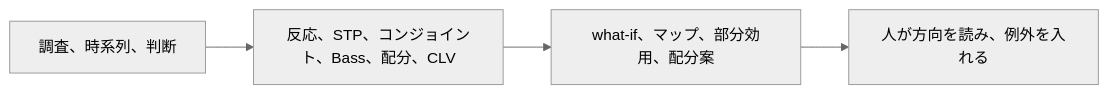
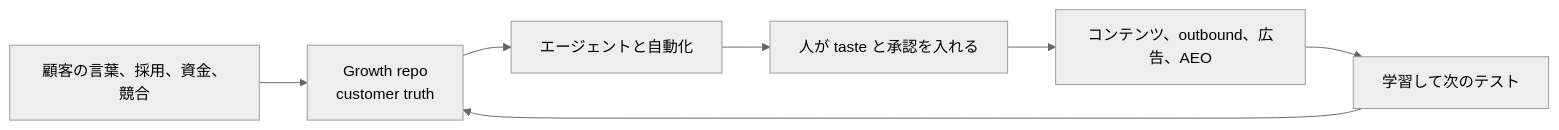
The second of 2 diagrams in articles/marketing-engineer-2026_20260907.md (suwa-sh/zenn-contents), drawn with Mermaid (neutral theme) before and after one commit. The commit also changed other lines of this file and 1 other file, not shown here.

````diff
--- a/articles/marketing-engineer-2026_20260907.md
+++ b/articles/marketing-engineer-2026_20260907.md
@@ -102,6 +57,9 @@
 ```mermaid
 flowchart LR
-  In["調査、時系列、判断"] --> Mod["反応、STP、コンジョイント、Bass、配分、CLV"]
-  Mod --> Out2["what-if、マップ、部分効用、配分案"]
-  Out2 --> Hum["人が方向を読み、例外を入れる"]
+  Signal["顧客の言葉、採用、資金、競合"] --> Repo["Growth repo<br/>customer truth"]
+  Repo --> Agents["エージェントと自動化"]
+  Agents --> Human["人が taste と承認を入れる"]
+  Human --> Pipe["コンテンツ、outbound、広告、AEO"]
+  Pipe --> Learn["学習して次のテスト"]
+  Learn --> Repo
 ```
````
